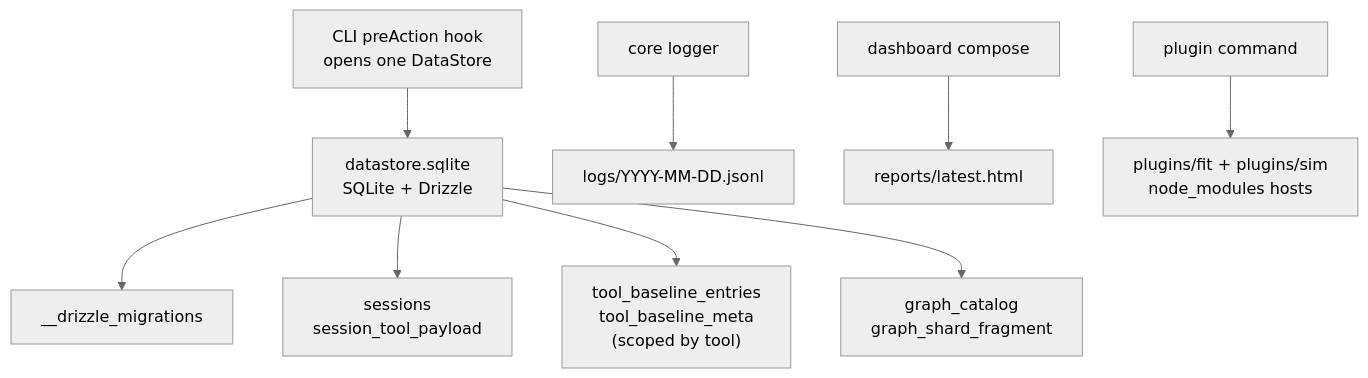
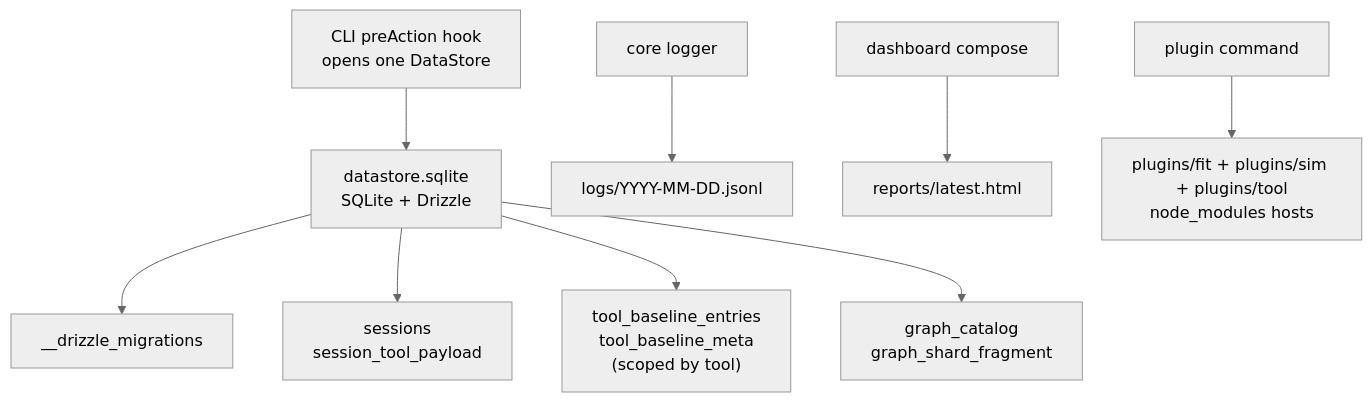
The diagram in docs/public/80-implementation/03-session-and-persistence.md (opensip-ai/opensip-cli), drawn with Mermaid (neutral theme) before and after one commit. The commit also changed other lines of this file and 21 other files, not shown here.

````diff
--- a/docs/public/80-implementation/03-session-and-persistence.md
+++ b/docs/public/80-implementation/03-session-and-persistence.md
@@ -76,26 +77,26 @@
 ```mermaid
 flowchart TB
   CLI["CLI preAction hook<br/>opens one DataStore"]
   Store["datastore.sqlite<br/>SQLite + Drizzle"]
   Migrations["__drizzle_migrations"]
   Sessions["sessions<br/>session_tool_payload"]
   Baselines["tool_baseline_entries<br/>tool_baseline_meta<br/>(scoped by tool)"]
   Graph["graph_catalog<br/>graph_shard_fragment"]
 
   Logger["core logger"]
   Logs["logs/YYYY-MM-DD.jsonl"]
   Dashboard["dashboard compose"]
   Report["reports/latest.html"]
   Plugins["plugin command"]
-  PluginDirs["plugins/fit + plugins/sim<br/>node_modules hosts"]
+  PluginDirs["plugins/fit + plugins/sim + plugins/tool<br/>node_modules hosts"]
 
   CLI --> Store
   Store --> Migrations
   Store --> Sessions
   Store --> Baselines
   Store --> Graph
 
   Logger --> Logs
   Dashboard --> Report
   Plugins --> PluginDirs
 ```
````
